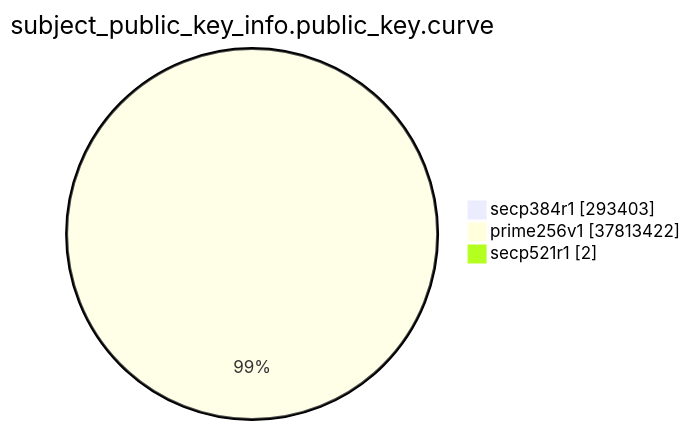
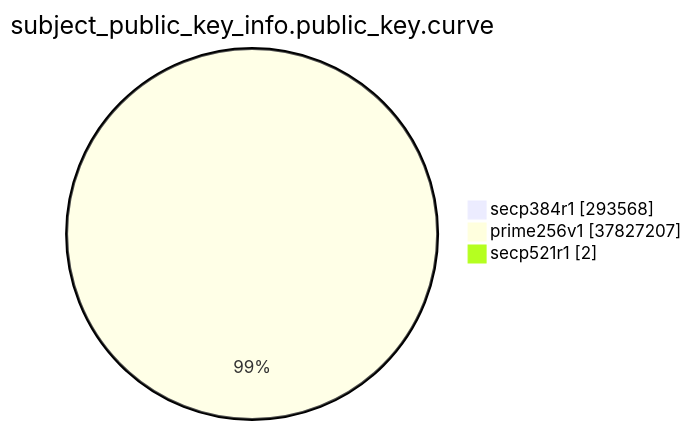
Before and after one commit to christiankrug/ctmonitor_visualization: the eighth of 15 diagrams in xenon2023/README.md, drawn with Mermaid. The commit also changed other lines of this file, not shown here.

````diff
--- a/xenon2023/README.md
+++ b/xenon2023/README.md
@@ -2158,7 +2158,7 @@
 ```mermaid
 pie showData
 title subject_public_key_info.public_key.curve
-"secp384r1" :293403
-"prime256v1" :37813422
+"secp384r1" :293568
+"prime256v1" :37827207
 "secp521r1" :2
 ```
````
